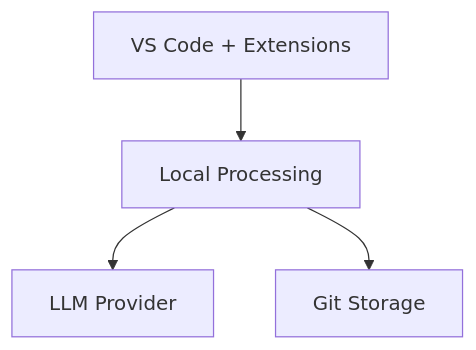
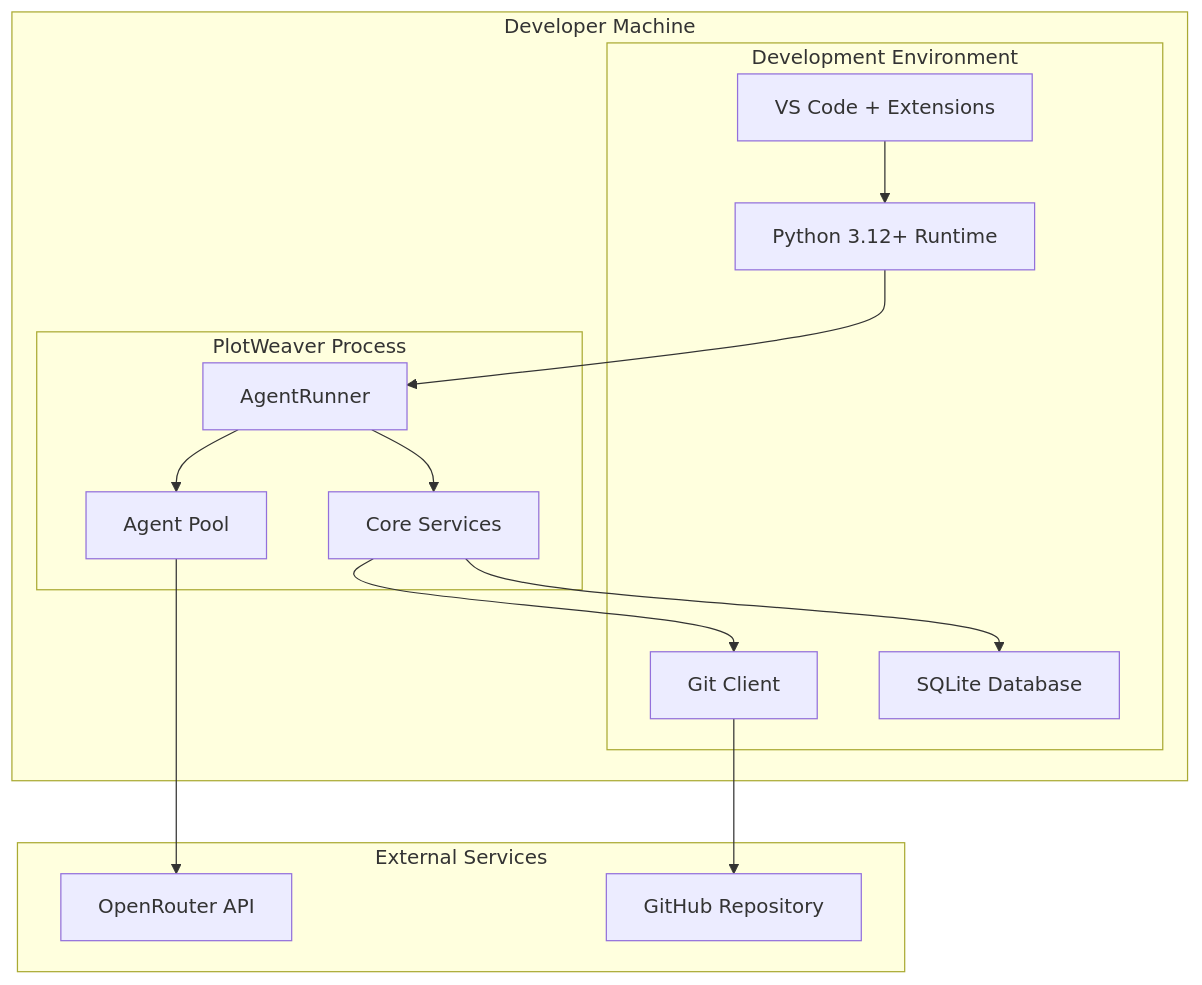
One commit to tmcfar/plotweaver-docs changed the fourth of 8 diagrams in Content/Architecture/Design/4+1-View.md. Above: the diagram before and after it, drawn with Mermaid. The commit also changed other lines of this file, not shown here.

````diff
--- a/Content/Architecture/Design/4+1-View.md
+++ b/Content/Architecture/Design/4+1-View.md
@@ -91,11 +388,31 @@
 ```mermaid
 graph TD
-    IDE[VS Code + Extensions]
-    LLM[LLM Provider]
-    Git[Git Storage]
-    Local[Local Processing]
-
-    IDE --> Local
-    Local --> LLM
-    Local --> Git
+    subgraph "Developer Machine"
+        subgraph "Development Environment"
+            IDE[VS Code + Extensions]
+            Python[Python 3.12+ Runtime]
+            Git[Git Client]
+            SQLite[SQLite Database]
+        end
+        
+        subgraph "PlotWeaver Process"
+            AR[AgentRunner]
+            Agents[Agent Pool]
+            Services[Core Services]
+        end
+    end
+    
+    subgraph "External Services"
+        OpenRouter[OpenRouter API]
+        GitHub[GitHub Repository]
+    end
+    
+    IDE --> Python
+    Python --> AR
+    AR --> Agents
+    AR --> Services
+    Services --> SQLite
+    Services --> Git
+    Git --> GitHub
+    Agents --> OpenRouter
 ```
````
